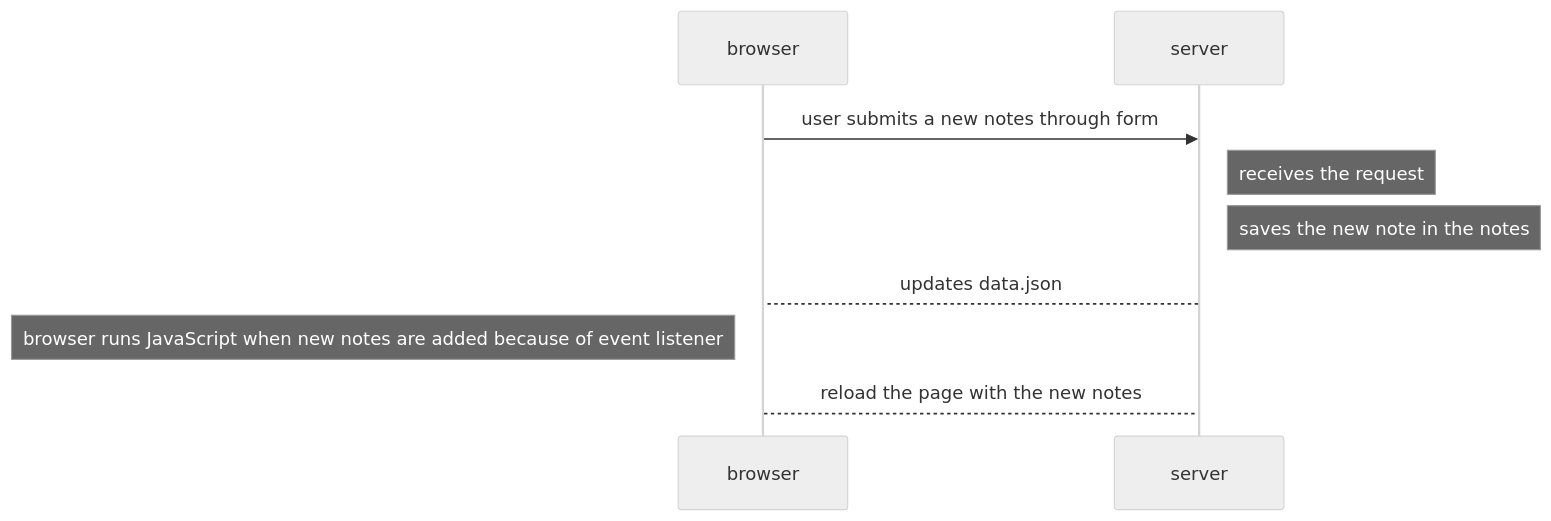
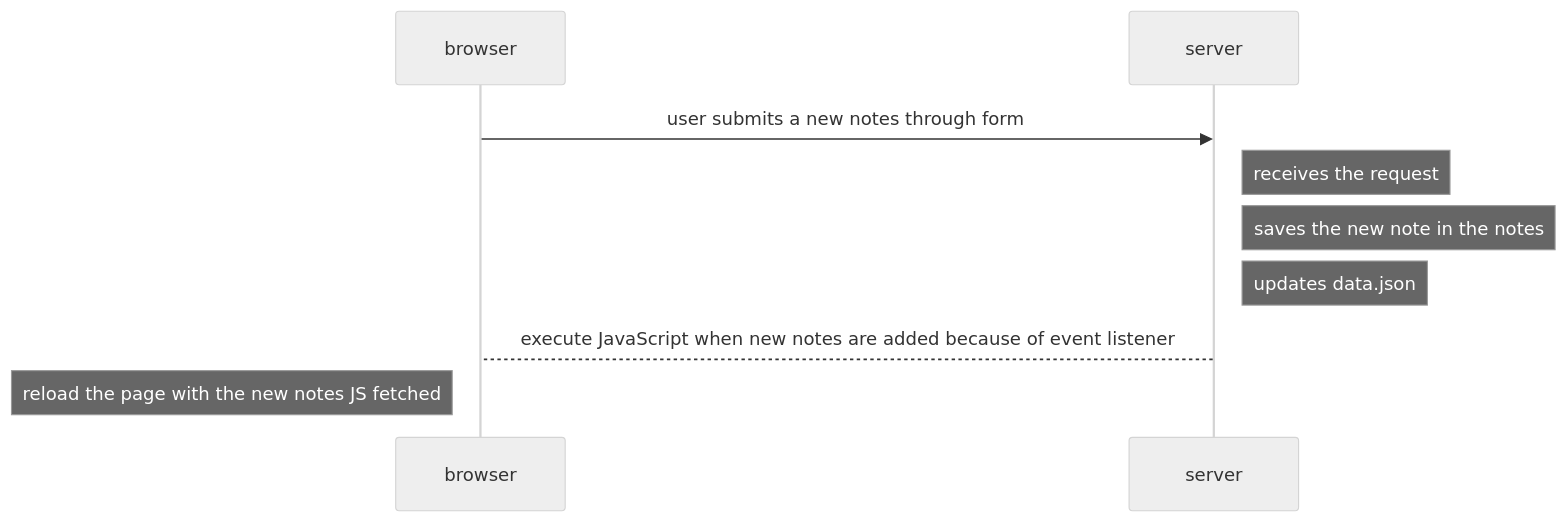
Before and after one commit to LeejanAlipio/fullstackopen: the diagram in part-0/0.4 - New Note Diagram/README.md, drawn with Mermaid (neutral theme).

Commit message:
refactor: update sequence flow

````diff
--- a/part-0/0.4 - New Note Diagram/README.md
+++ b/part-0/0.4 - New Note Diagram/README.md
@@ -4,9 +4,9 @@
 ```mermaid
 sequenceDiagram
   browser->>server: user submits a new notes through form
   Note right of server: receives the request
   Note right of server: saves the new note in the notes
-  server-->browser: updates data.json
-  Note left of browser: browser runs JavaScript when new notes are added because of event listener
-  browser-->server: reload the page with the new notes
+  Note right of server: updates data.json
+  server-->browser: execute JavaScript when new notes are added because of event listener
+  note left of browser: reload the page with the new notes JS fetched
 ```
````
